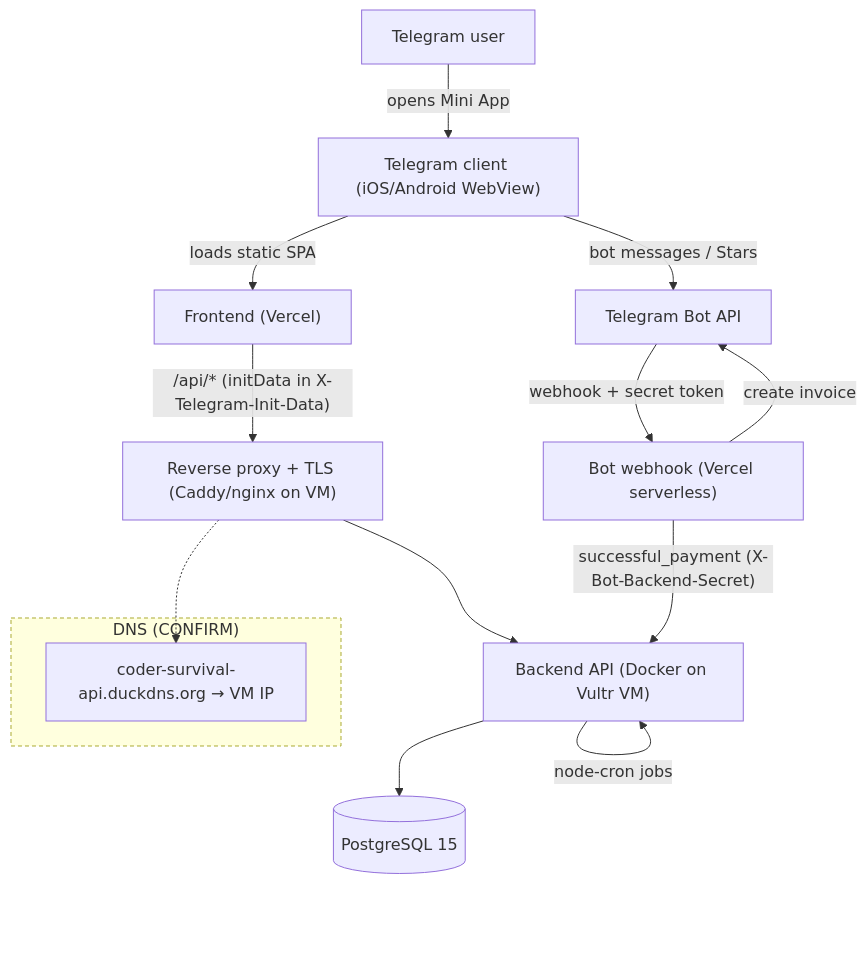
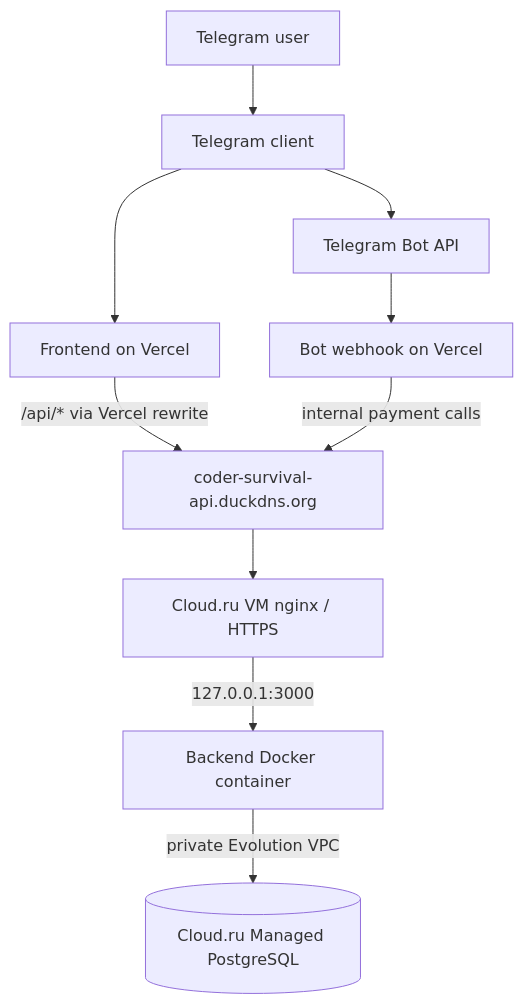
One commit to timoshinoleg-eng/coder_survival changed the diagram in docs/CURRENT_ARCHITECTURE.md. Above: the diagram before and after it, drawn with Mermaid. The commit also changed other lines of this file and 9 other files, not shown here.

````diff
--- a/docs/CURRENT_ARCHITECTURE.md
+++ b/docs/CURRENT_ARCHITECTURE.md
@@ -37,24 +18,13 @@
 ```mermaid
 flowchart TD
-  user["Telegram user"] -->|opens Mini App| tg["Telegram client (iOS/Android WebView)"]
-  tg -->|loads static SPA| fe["Frontend (Vercel)"]
-  tg -->|bot messages / Stars| botapi["Telegram Bot API"]
+  user[Telegram user] --> tg[Telegram client]
+  tg --> fe[Frontend on Vercel]
+  tg --> botapi[Telegram Bot API]
+  botapi --> bot[Bot webhook on Vercel]
 
-  fe -->|"/api/* (initData in X-Telegram-Init-Data)"| proxy["Reverse proxy + TLS (Caddy/nginx on VM)"]
-  botapi -->|webhook + secret token| botfn["Bot webhook (Vercel serverless)"]
-
-  proxy --> be["Backend API (Docker on Vultr VM)"]
-  botfn -->|create invoice| botapi
-  botfn -->|"successful_payment (X-Bot-Backend-Secret)"| be
-
-  be --> pg[("PostgreSQL 15")]
-  be -->|node-cron jobs| be
-
-  subgraph dns["DNS (CONFIRM)"]
-    duck["coder-survival-api.duckdns.org → VM IP"]
-  end
-  proxy -.-> duck
-
-  classDef confirm stroke-dasharray: 4 3;
-  class dns confirm;
+  fe -->|/api/* via Vercel rewrite| dns[coder-survival-api.duckdns.org]
+  bot -->|internal payment calls| dns
+  dns --> nginx[Cloud.ru VM nginx / HTTPS]
+  nginx -->|127.0.0.1:3000| be[Backend Docker container]
+  be -->|private Evolution VPC| pg[(Cloud.ru Managed PostgreSQL)]
 ```
````
